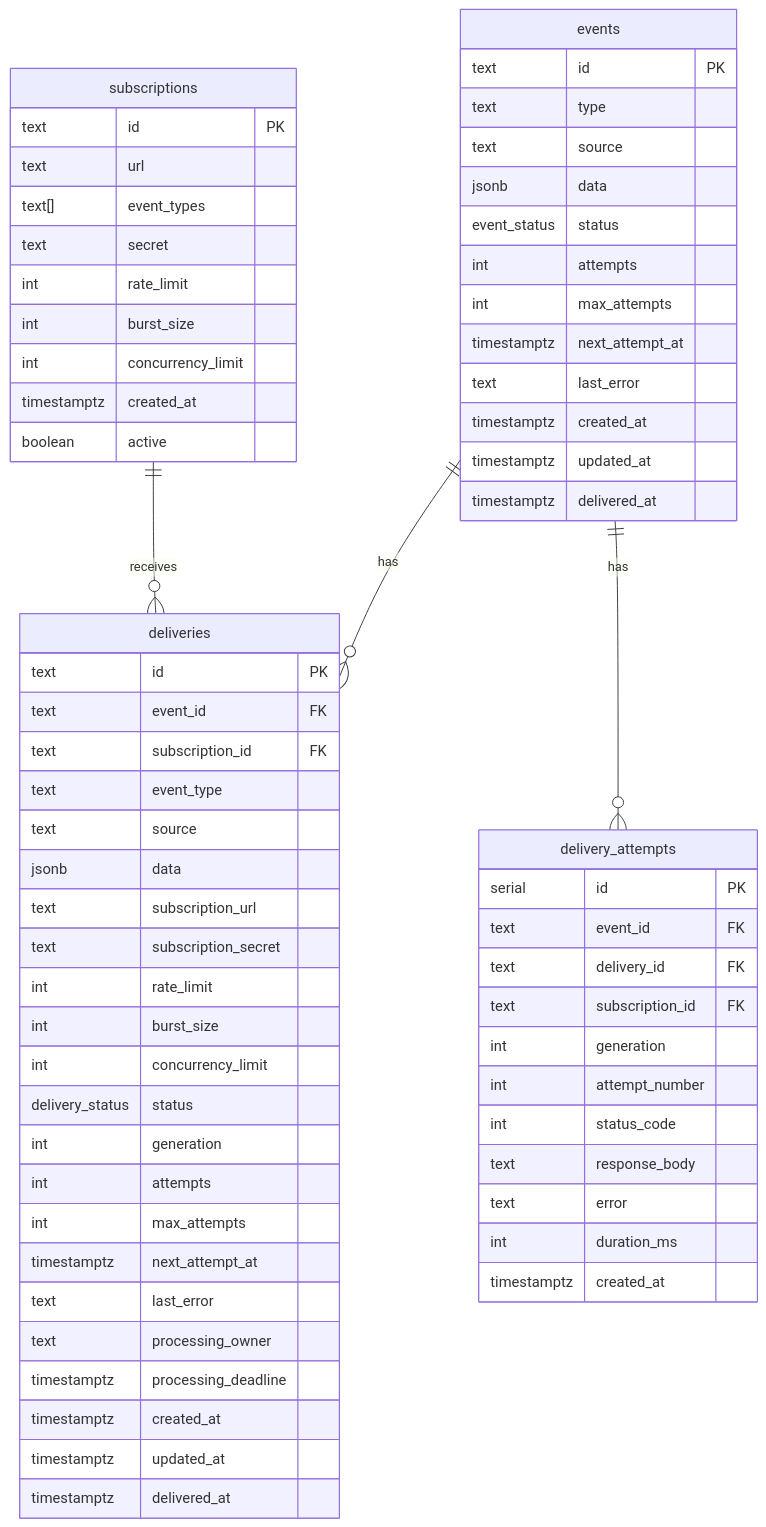
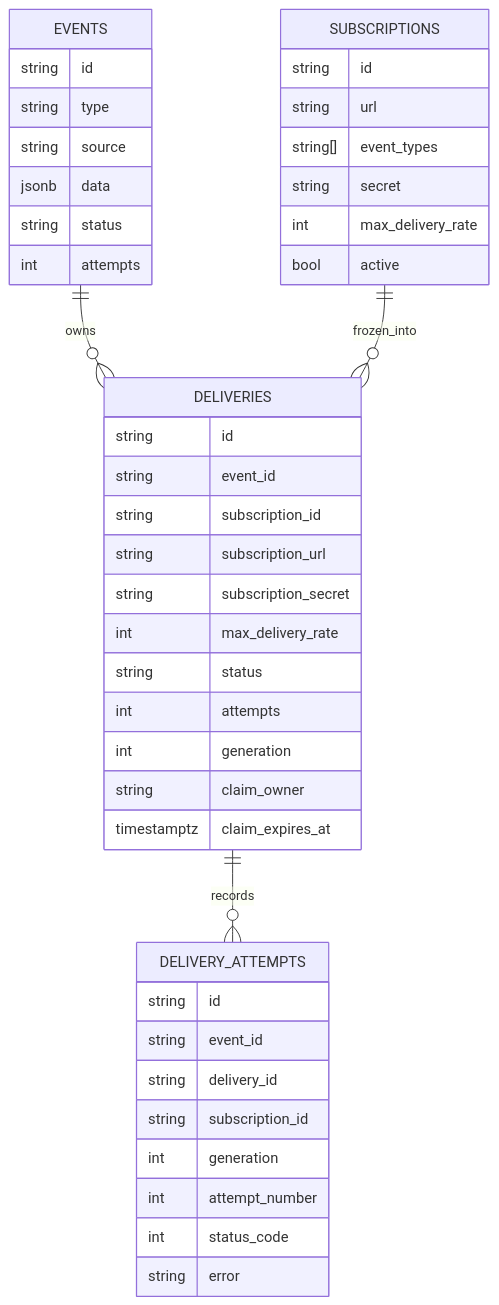
Before and after one commit to felipepmaragno/webhook-service: the second of 3 diagrams in docs/architecture.md, drawn with Mermaid. The commit also changed other lines of this file and 21 other files, not shown here.

````diff
--- a/docs/architecture.md
+++ b/docs/architecture.md
@@ -116,72 +47,49 @@
 ```mermaid
 erDiagram
-    events ||--o{ deliveries : has
-    events ||--o{ delivery_attempts : has
-    subscriptions ||--o{ deliveries : receives
+    EVENTS ||--o{ DELIVERIES : owns
+    DELIVERIES ||--o{ DELIVERY_ATTEMPTS : records
+    SUBSCRIPTIONS ||--o{ DELIVERIES : frozen_into
 
-    events {
-        text id PK
-        text type
-        text source
+    EVENTS {
+        string id
+        string type
+        string source
         jsonb data
-        event_status status
+        string status
         int attempts
-        int max_attempts
-        timestamptz next_attempt_at
-        text last_error
-        timestamptz created_at
-        timestamptz updated_at
-        timestamptz delivered_at
     }
 
-    delivery_attempts {
-        serial id PK
-        text event_id FK
-        text delivery_id FK
-        text subscription_id FK
+    SUBSCRIPTIONS {
+        string id
+        string url
+        string[] event_types
+        string secret
+        int max_delivery_rate
+        bool active
+    }
+
+    DELIVERIES {
+        string id
+        string event_id
+        string subscription_id
+        string subscription_url
+        string subscription_secret
+        int max_delivery_rate
+        string status
+        int attempts
+        int generation
+        string claim_owner
+        timestamptz claim_expires_at
+    }
+
+    DELIVERY_ATTEMPTS {
+        string id
+        string event_id
+        string delivery_id
+        string subscription_id
         int generation
         int attempt_number
         int status_code
-        text response_body
-        text error
-        int duration_ms
-        timestamptz created_at
-    }
-
-    subscriptions {
-        text id PK
-        text url
-        text[] event_types
-        text secret
-        int rate_limit
-        int burst_size
-        int concurrency_limit
-        timestamptz created_at
-        boolean active
-    }
-
-    deliveries {
-        text id PK
-        text event_id FK
-        text subscription_id FK
-        text event_type
-        text source
-        jsonb data
-        text subscription_url
-        text subscription_secret
-        int rate_limit
-        int burst_size
-        int concurrency_limit
-        delivery_status status
-        int generation
-        int attempts
-        int max_attempts
-        timestamptz next_attempt_at
-        text last_error
-        text processing_owner
-        timestamptz processing_deadline
-        timestamptz created_at
-        timestamptz updated_at
-        timestamptz delivered_at
+        string error
     }
 ```
````
